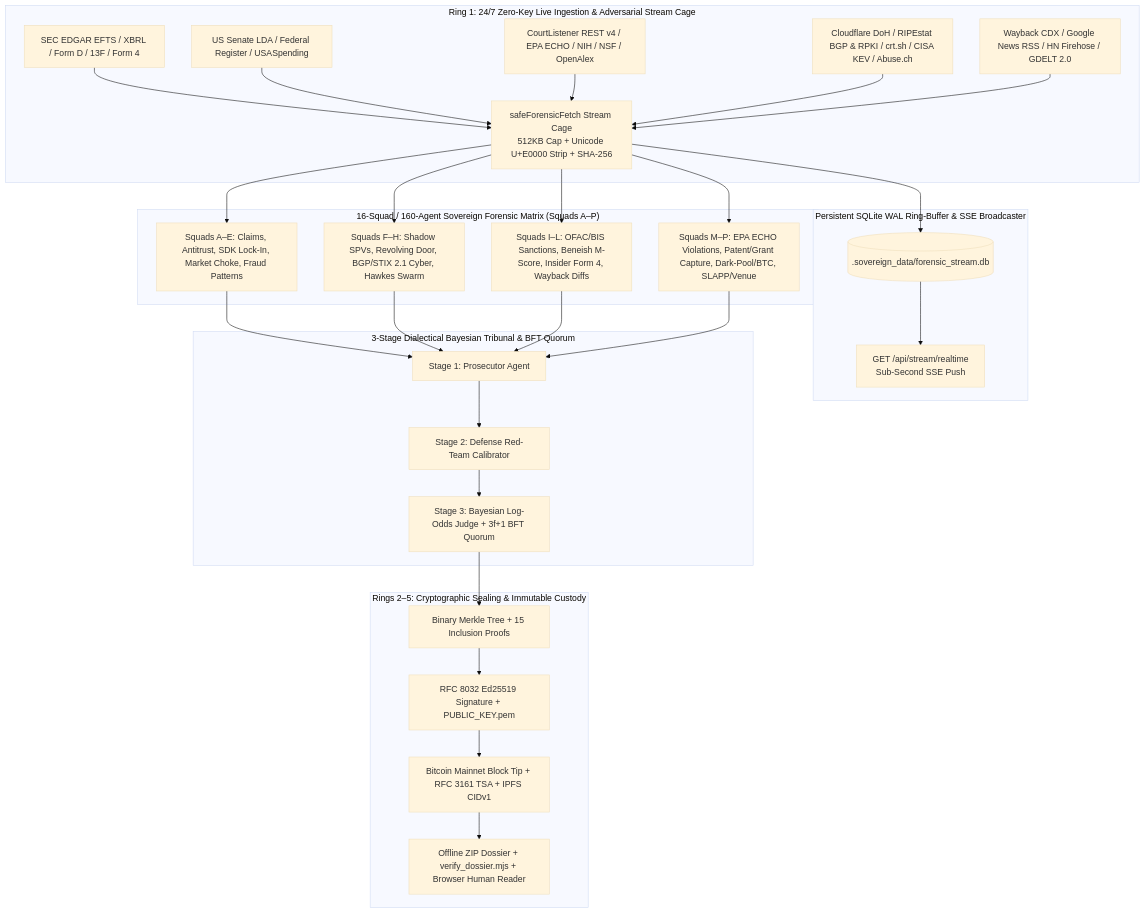
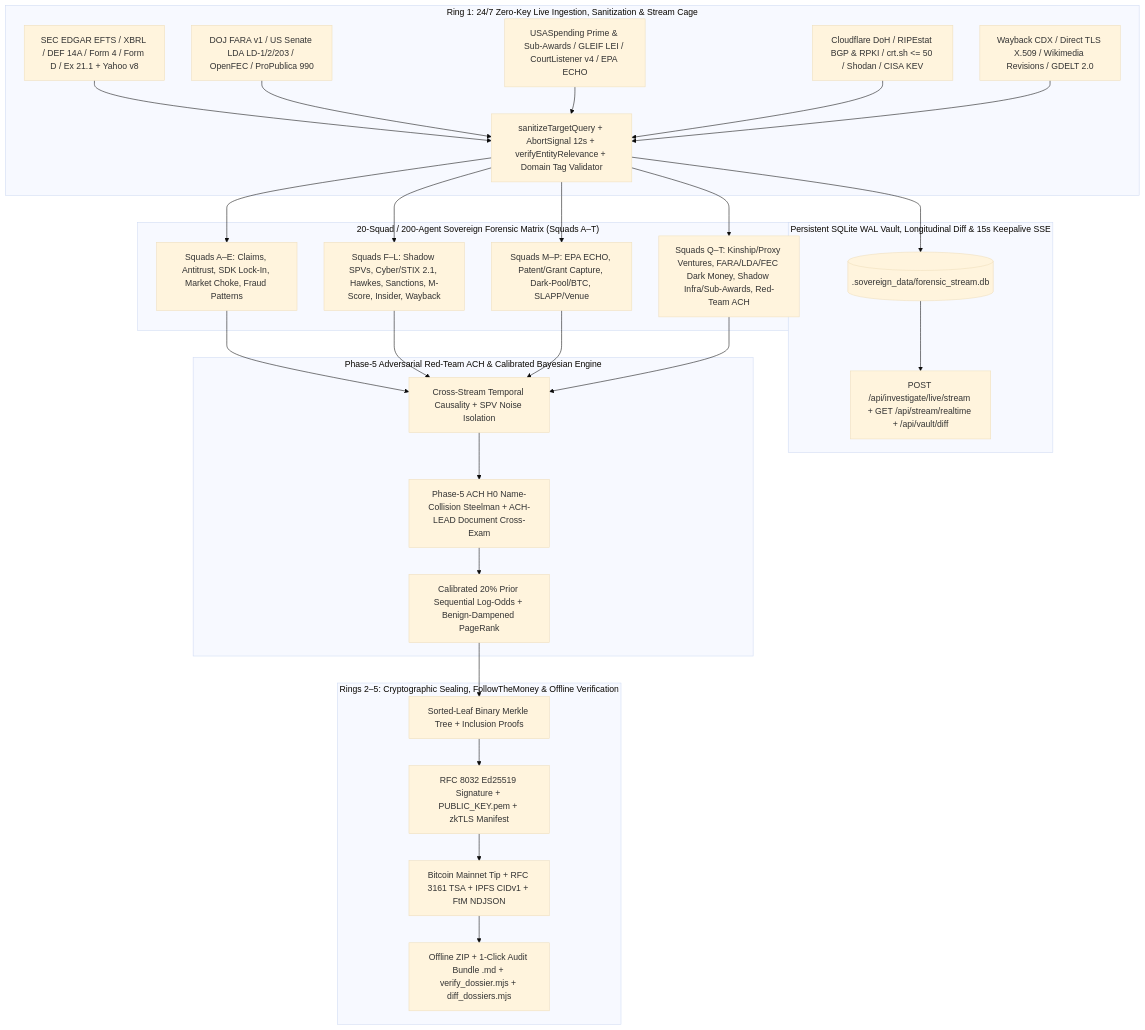
The diagram in README.md (codevalai/Sovereign-Tech-Hyper-Investigations-Grid), drawn with Mermaid (base theme) before and after one commit. The commit also changed other lines of this file and 24 other files, not shown here.

First line of the commit message:
feat: upgrade to 200-agent swarm and add health check

````diff
--- a/README.md
+++ b/README.md
@@ -16,41 +27,41 @@
 ```mermaid
 flowchart TD
-    subgraph Ring1["Ring 1: 24/7 Zero-Key Live Ingestion & Adversarial Stream Cage"]
-        A1[SEC EDGAR EFTS / XBRL / Form D / 13F / Form 4]
-        A2[US Senate LDA / Federal Register / USASpending]
-        A3[CourtListener REST v4 / EPA ECHO / NIH / NSF / OpenAlex]
-        A4[Cloudflare DoH / RIPEstat BGP & RPKI / crt.sh / CISA KEV / Abuse.ch]
-        A5[Wayback CDX / Google News RSS / HN Firehose / GDELT 2.0]
-        SHIELD[safeForensicFetch Stream Cage\n512KB Cap + Unicode U+E0000 Strip + SHA-256]
+    subgraph Ring1["Ring 1: 24/7 Zero-Key Live Ingestion, Sanitization & Stream Cage"]
+        A1[SEC EDGAR EFTS / XBRL / DEF 14A / Form 4 / Form D / Ex 21.1 + Yahoo v8]
+        A2[DOJ FARA v1 / US Senate LDA LD-1/2/203 / OpenFEC / ProPublica 990]
+        A3[USASpending Prime & Sub-Awards / GLEIF LEI / CourtListener v4 / EPA ECHO]
+        A4[Cloudflare DoH / RIPEstat BGP & RPKI / crt.sh <= 50 / Shodan / CISA KEV]
+        A5[Wayback CDX / Direct TLS X.509 / Wikimedia Revisions / GDELT 2.0]
+        SHIELD[sanitizeTargetQuery + AbortSignal 12s + verifyEntityRelevance + Domain Tag Validator]
         A1 & A2 & A3 & A4 & A5 --> SHIELD
     end
 
-    subgraph Daemon["Persistent SQLite WAL Ring-Buffer & SSE Broadcaster"]
+    subgraph Daemon["Persistent SQLite WAL Vault, Longitudinal Diff & 15s Keepalive SSE"]
         DB[(.sovereign_data/forensic_stream.db)]
-        SSE[GET /api/stream/realtime\nSub-Second SSE Push]
+        SSE[POST /api/investigate/live/stream + GET /api/stream/realtime + /api/vault/diff]
         SHIELD --> DB --> SSE
     end
 
-    subgraph Swarm["16-Squad / 160-Agent Sovereign Forensic Matrix (Squads A–P)"]
-        SQ_AD[Squads A–E: Claims, Antitrust, SDK Lock-In, Market Choke, Fraud Patterns]
-        SQ_FH[Squads F–H: Shadow SPVs, Revolving Door, BGP/STIX 2.1 Cyber, Hawkes Swarm]
-        SQ_IL[Squads I–L: OFAC/BIS Sanctions, Beneish M-Score, Insider Form 4, Wayback Diffs]
-        SQ_MP[Squads M–P: EPA ECHO Violations, Patent/Grant Capture, Dark-Pool/BTC, SLAPP/Venue]
-        SHIELD --> SQ_AD & SQ_FH & SQ_IL & SQ_MP
+    subgraph Swarm["20-Squad / 200-Agent Sovereign Forensic Matrix (Squads A–T)"]
+        SQ_AE[Squads A–E: Claims, Antitrust, SDK Lock-In, Market Choke, Fraud Patterns]
+        SQ_IL[Squads F–L: Shadow SPVs, Cyber/STIX 2.1, Hawkes, Sanctions, M-Score, Insider, Wayback]
+        SQ_MP[Squads M–P: EPA ECHO, Patent/Grant Capture, Dark-Pool/BTC, SLAPP/Venue]
+        SQ_QT[Squads Q–T: Kinship/Proxy Ventures, FARA/LDA/FEC Dark Money, Shadow Infra/Sub-Awards, Red-Team ACH]
+        SHIELD --> SQ_AE & SQ_IL & SQ_MP & SQ_QT
     end
 
-    subgraph Tribunal["3-Stage Dialectical Bayesian Tribunal & BFT Quorum"]
-        PROS[Stage 1: Prosecutor Agent]
-        RED[Stage 2: Defense Red-Team Calibrator]
-        JUDGE[Stage 3: Bayesian Log-Odds Judge + 3f+1 BFT Quorum]
-        SQ_AD & SQ_FH & SQ_IL & SQ_MP --> PROS --> RED --> JUDGE
+    subgraph Tribunal["Phase-5 Adversarial Red-Team ACH & Calibrated Bayesian Engine"]
+        CAUSAL[Cross-Stream Temporal Causality + SPV Noise Isolation]
+        ACH[Phase-5 ACH H0 Name-Collision Steelman + ACH-LEAD Document Cross-Exam]
+        BAYES[Calibrated 20% Prior Sequential Log-Odds + Benign-Dampened PageRank]
+        SQ_AE & SQ_IL & SQ_MP & SQ_QT --> CAUSAL --> ACH --> BAYES
     end
 
-    subgraph CryptoSeal["Rings 2–5: Cryptographic Sealing & Immutable Custody"]
-        MERKLE[Binary Merkle Tree + 15 Inclusion Proofs]
-        ED25519[RFC 8032 Ed25519 Signature + PUBLIC_KEY.pem]
-        ANCHOR[Bitcoin Mainnet Block Tip + RFC 3161 TSA + IPFS CIDv1]
-        ZIP[Offline ZIP Dossier + verify_dossier.mjs + Browser Human Reader]
-        JUDGE --> MERKLE --> ED25519 --> ANCHOR --> ZIP
+    subgraph CryptoSeal["Rings 2–5: Cryptographic Sealing, FollowTheMoney & Offline Verification"]
+        MERKLE[Sorted-Leaf Binary Merkle Tree + Inclusion Proofs]
+        ED25519[RFC 8032 Ed25519 Signature + PUBLIC_KEY.pem + zkTLS Manifest]
+        ANCHOR[Bitcoin Mainnet Tip + RFC 3161 TSA + IPFS CIDv1 + FtM NDJSON]
+        BUNDLE[Offline ZIP + 1-Click Audit Bundle .md + verify_dossier.mjs + diff_dossiers.mjs]
+        BAYES --> MERKLE --> ED25519 --> ANCHOR --> BUNDLE
     end
 ```
````
